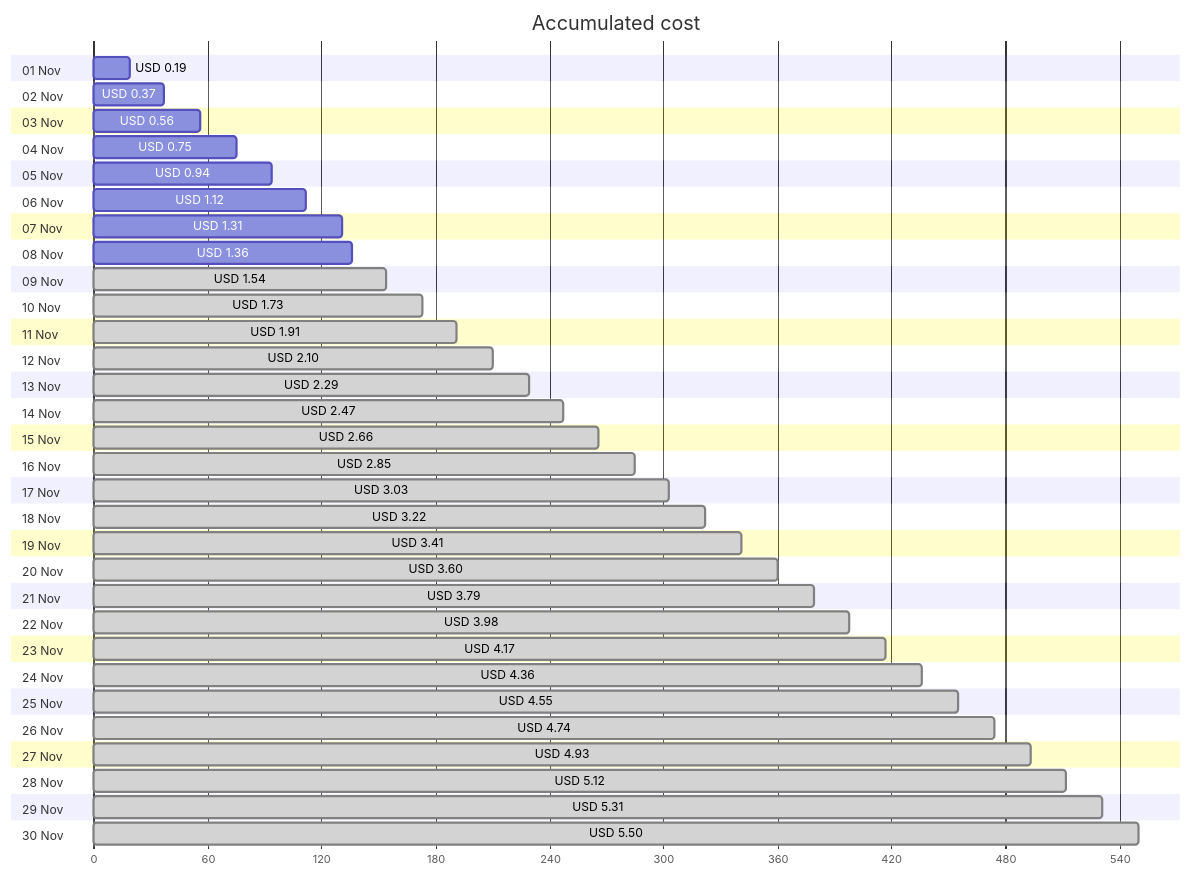
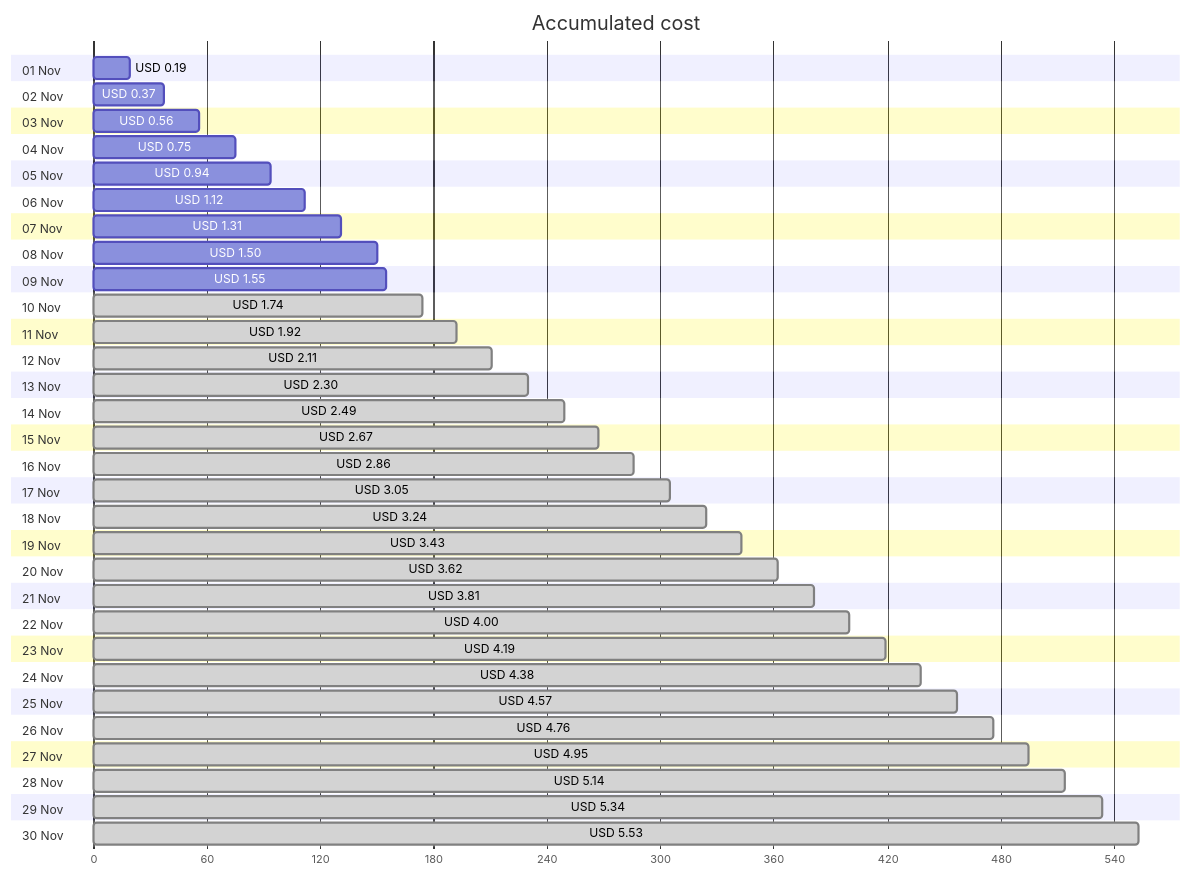
The first of 4 diagrams in cost-reports/personal-network/backup-server.md (jpfulton/azure-personal-reports), drawn with Mermaid before and after one commit. The commit also changed other lines of this file and 8 other files, not shown here.

````diff
--- a/cost-reports/personal-network/backup-server.md
+++ b/cost-reports/personal-network/backup-server.md
@@ -20,66 +20,66 @@
 ```mermaid
 gantt
    title Accumulated cost
    dateFormat  X
    axisFormat %s
    section 01 Nov
    USD 0.19 :0, 19
    section 02 Nov
    USD 0.37 :0, 37
    section 03 Nov
    USD 0.56 :0, 56
    section 04 Nov
    USD 0.75 :0, 75
    section 05 Nov
    USD 0.94 :0, 94
    section 06 Nov
    USD 1.12 :0, 112
    section 07 Nov
    USD 1.31 :0, 131
    section 08 Nov
-   USD 1.36 :0, 136
+   USD 1.50 :0, 150
    section 09 Nov
-   USD 1.54 : done, 0, 154
+   USD 1.55 :0, 155
    section 10 Nov
-   USD 1.73 : done, 0, 173
+   USD 1.74 : done, 0, 174
    section 11 Nov
-   USD 1.91 : done, 0, 191
+   USD 1.92 : done, 0, 192
    section 12 Nov
-   USD 2.10 : done, 0, 210
+   USD 2.11 : done, 0, 211
    section 13 Nov
-   USD 2.29 : done, 0, 229
+   USD 2.30 : done, 0, 230
    section 14 Nov
-   USD 2.47 : done, 0, 247
+   USD 2.49 : done, 0, 249
    section 15 Nov
-   USD 2.66 : done, 0, 266
+   USD 2.67 : done, 0, 267
    section 16 Nov
-   USD 2.85 : done, 0, 285
+   USD 2.86 : done, 0, 286
    section 17 Nov
-   USD 3.03 : done, 0, 303
+   USD 3.05 : done, 0, 305
    section 18 Nov
-   USD 3.22 : done, 0, 322
+   USD 3.24 : done, 0, 324
    section 19 Nov
-   USD 3.41 : done, 0, 341
+   USD 3.43 : done, 0, 343
    section 20 Nov
-   USD 3.60 : done, 0, 360
+   USD 3.62 : done, 0, 362
    section 21 Nov
-   USD 3.79 : done, 0, 379
+   USD 3.81 : done, 0, 381
    section 22 Nov
-   USD 3.98 : done, 0, 398
+   USD 4.00 : done, 0, 400
    section 23 Nov
-   USD 4.17 : done, 0, 417
+   USD 4.19 : done, 0, 419
    section 24 Nov
-   USD 4.36 : done, 0, 436
+   USD 4.38 : done, 0, 438
    section 25 Nov
-   USD 4.55 : done, 0, 455
+   USD 4.57 : done, 0, 457
    section 26 Nov
-   USD 4.74 : done, 0, 474
+   USD 4.76 : done, 0, 476
    section 27 Nov
-   USD 4.93 : done, 0, 493
+   USD 4.95 : done, 0, 495
    section 28 Nov
-   USD 5.12 : done, 0, 512
+   USD 5.14 : done, 0, 514
    section 29 Nov
-   USD 5.31 : done, 0, 531
+   USD 5.34 : done, 0, 534
    section 30 Nov
-   USD 5.50 : done, 0, 550
+   USD 5.53 : done, 0, 553
 ```
````
